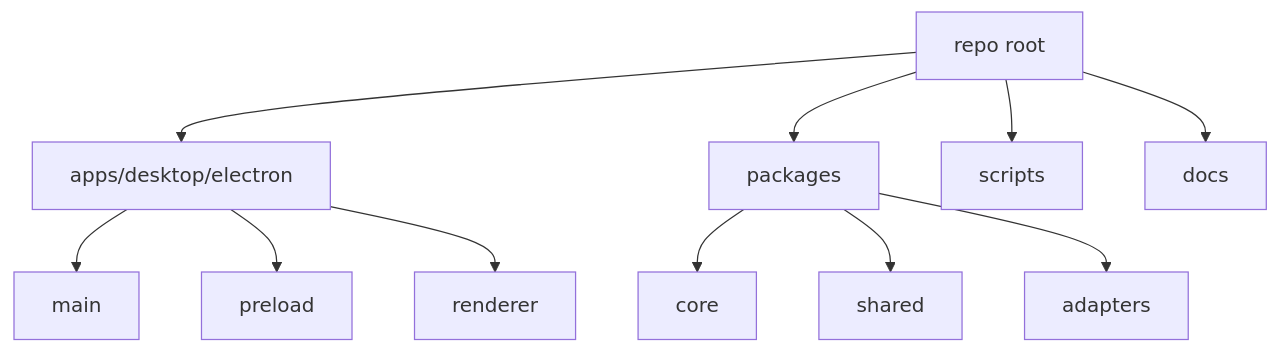
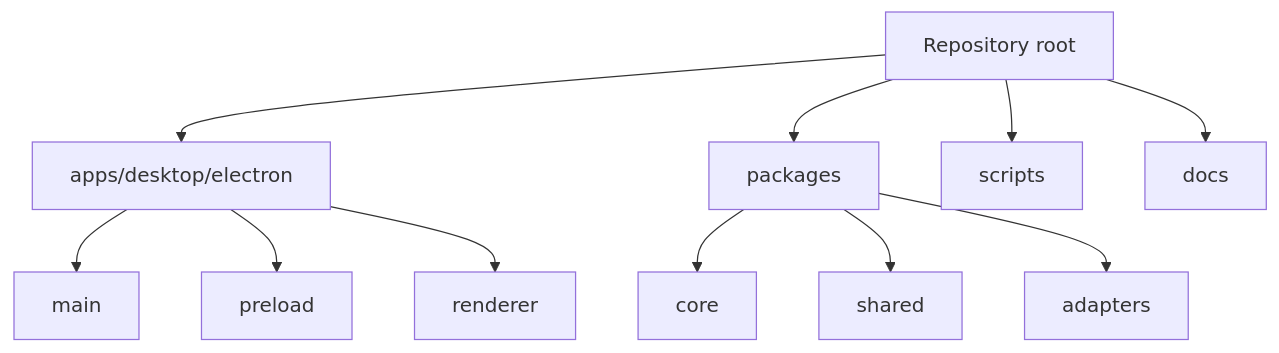
One commit to krestosa/Crystal changed the diagram in docs/architecture/repository-map.md. Above: the diagram before and after it, drawn with Mermaid. The commit also changed other lines of this file and 60 other files, not shown here.

````diff
--- a/docs/architecture/repository-map.md
+++ b/docs/architecture/repository-map.md
@@ -13,13 +13,13 @@
 ```mermaid
 flowchart TD
-  Root[repo root] --> Apps[apps/desktop/electron]
+  Root[Repository root] --> App[apps/desktop/electron]
   Root --> Packages[packages]
   Root --> Scripts[scripts]
   Root --> Docs[docs]
-  Apps --> Main[main]
-  Apps --> Preload[preload]
-  Apps --> Renderer[renderer]
+  App --> Main[main]
+  App --> Preload[preload]
+  App --> Renderer[renderer]
   Packages --> Core[core]
   Packages --> Shared[shared]
   Packages --> Adapters[adapters]
 ```
````
